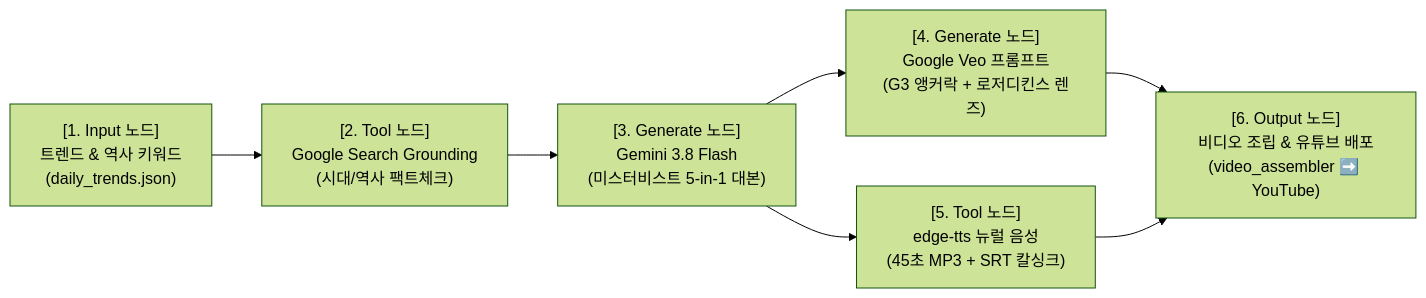
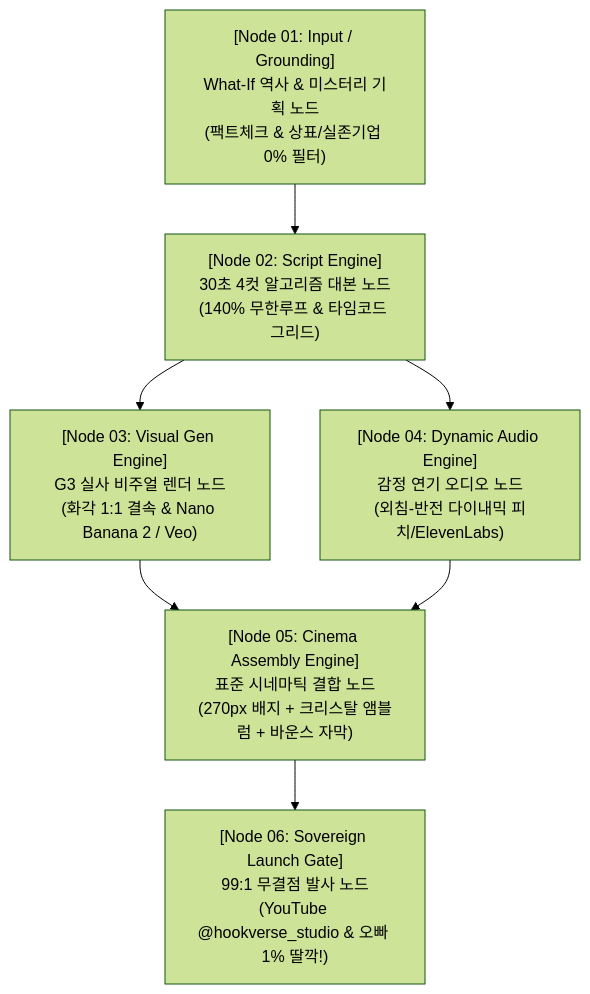
One commit to suzpia73/Hookverse_Studio_By_ZENA changed the diagram in _company/_shared/구글_오팔_시네마틱_노드_설계서.md. Above: the diagram before and after it, drawn with Mermaid (forest theme). The commit also changed other lines of this file and 107 other files, not shown here.

````diff
--- a/_company/_shared/구글_오팔_시네마틱_노드_설계서.md
+++ b/_company/_shared/구글_오팔_시네마틱_노드_설계서.md
@@ -9,8 +12,9 @@
 ```mermaid
-flowchart LR
-    N1["[1. Input 노드]<br/>트렌드 & 역사 키워드<br/>(daily_trends.json)"] --> N2["[2. Tool 노드]<br/>Google Search Grounding<br/>(시대/역사 팩트체크)"]
-    N2 --> N3["[3. Generate 노드]<br/>Gemini 3.8 Flash<br/>(미스터비스트 5-in-1 대본)"]
-    N3 --> N4["[4. Generate 노드]<br/>Google Veo 프롬프트<br/>(G3 앵커락 + 로저디킨스 렌즈)"]
-    N3 --> N5["[5. Tool 노드]<br/>edge-tts 뉴럴 음성<br/>(45초 MP3 + SRT 칼싱크)"]
-    N4 & N5 --> N6["[6. Output 노드]<br/>비디오 조립 & 유튜브 배포<br/>(video_assembler ➡️ YouTube)"]
+flowchart TD
+    N1["[Node 01: Input / Grounding]<br/>What-If 역사 & 미스터리 기획 노드<br/>(팩트체크 & 상표/실존기업 0% 필터)"] --> N2["[Node 02: Script Engine]<br/>30초 4컷 알고리즘 대본 노드<br/>(140% 무한루프 & 타임코드 그리드)"]
+    N2 --> N3["[Node 03: Visual Gen Engine]<br/>G3 실사 비주얼 렌더 노드<br/>(화각 1:1 결속 & Nano Banana 2 / Veo)"]
+    N2 --> N4["[Node 04: Dynamic Audio Engine]<br/>감정 연기 오디오 노드<br/>(외침-반전 다이내믹 피치/ElevenLabs)"]
+    N3 --> N5["[Node 05: Cinema Assembly Engine]<br/>표준 시네마틱 결합 노드<br/>(270px 배지 + 크리스탈 앰블럼 + 바운스 자막)"]
+    N4 --> N5
+    N5 --> N6["[Node 06: Sovereign Launch Gate]<br/>99:1 무결점 발사 노드<br/>(YouTube @hookverse_studio & 오빠 1% 딸깍!)"]
 ```
````
